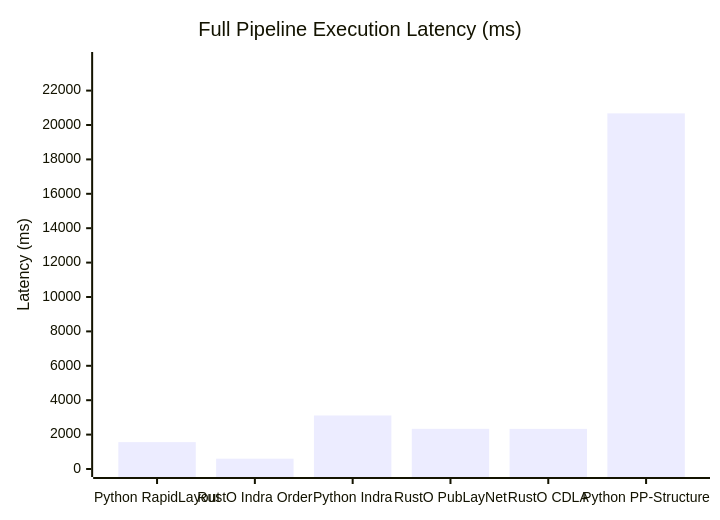
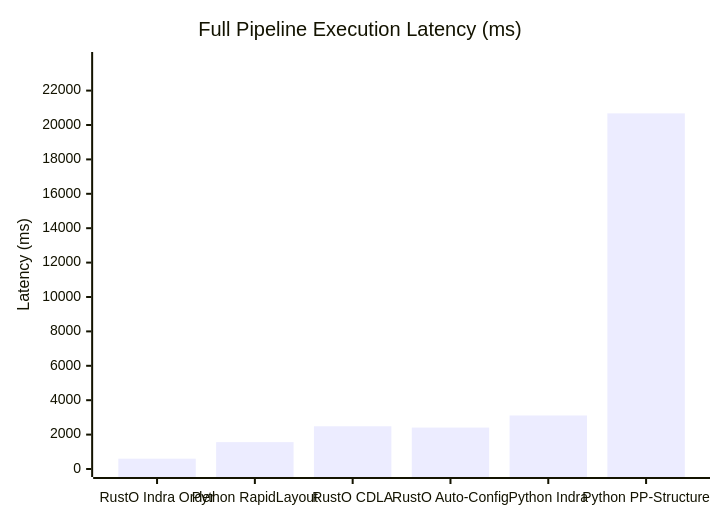
The fifth of 5 diagrams in benchmarks/omnidocbench/OMNIDOCBENCH_EVALUATION_REPORT.md (byrizki/rusto-rs), drawn with Mermaid before and after one commit. The commit also changed other lines of this file and 66 other files, not shown here.

````diff
--- a/benchmarks/omnidocbench/OMNIDOCBENCH_EVALUATION_REPORT.md
+++ b/benchmarks/omnidocbench/OMNIDOCBENCH_EVALUATION_REPORT.md
@@ -132,7 +134,7 @@
 ```mermaid
 xychart-beta
     title "Full Pipeline Execution Latency (ms)"
-    x-axis ["Python RapidLayout", "RustO Indra Order", "Python Indra", "RustO PubLayNet", "RustO CDLA", "Python PP-Structure"]
+    x-axis ["RustO Indra Order", "Python RapidLayout", "RustO CDLA", "RustO Auto-Config", "Python Indra", "Python PP-Structure"]
     y-axis "Latency (ms)" 0 --> 23779
-    bar [1562, 600, 3112, 2336, 2332, 20677]
+    bar [600, 1562, 2485, 2407, 3112, 20677]
 ```
````
